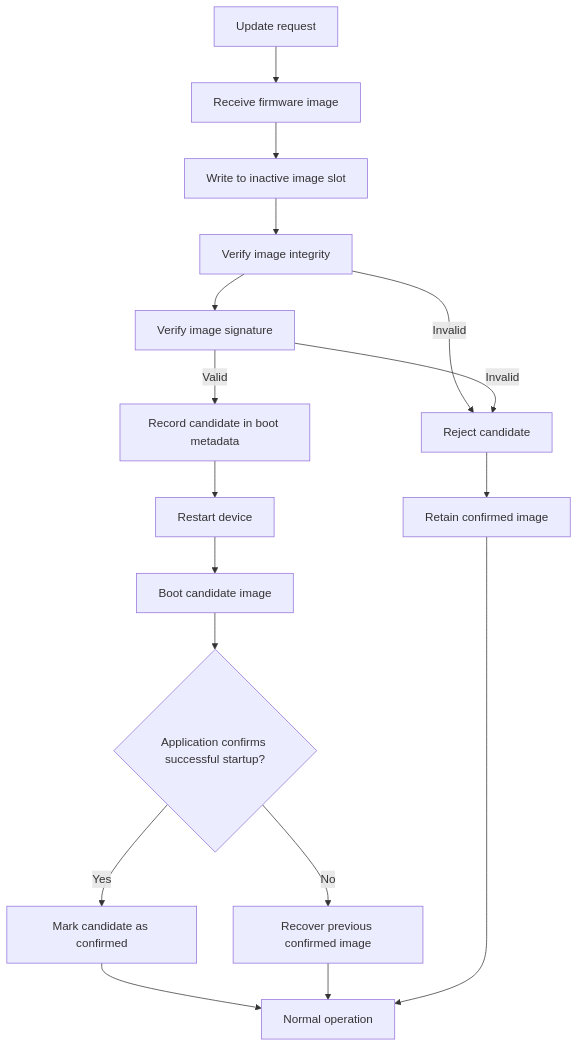
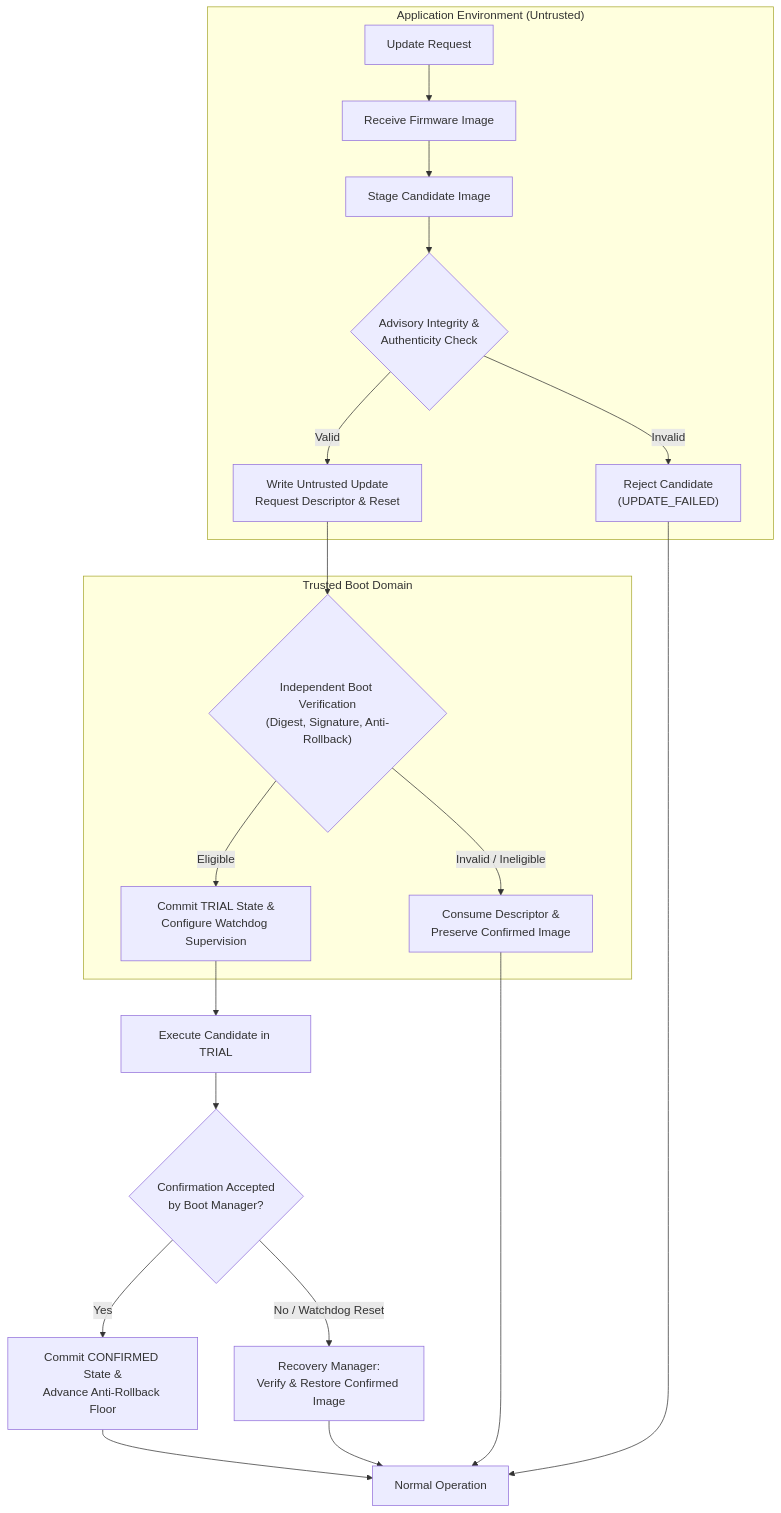
Before and after one commit to COMxI2C/rp2350-secure-ota-system: the first of 2 diagrams in README.md, drawn with Mermaid. The commit also changed other lines of this file, not shown here.

````diff
--- a/README.md
+++ b/README.md
@@ -53,24 +49,26 @@
 ```mermaid
 flowchart TD
-    A["Update request"] --> B["Receive firmware image"]
-    B --> C["Write to inactive image slot"]
-    C --> D["Verify image integrity"]
-    D --> E["Verify image signature"]
+    subgraph APP ["Application Environment (Untrusted)"]
+        A["Update Request"] --> B["Receive Firmware Image"]
+        B --> C["Stage Candidate Image"]
+        C --> D{"Advisory Integrity &<br/>Authenticity Check"}
+        D -->|Invalid| F["Reject Candidate<br/>(UPDATE_FAILED)"]
+        D -->|Valid| H["Write Untrusted Update<br/>Request Descriptor & Reset"]
+    end
 
-    D -->|Invalid| F["Reject candidate"]
-    E -->|Invalid| F
+    subgraph BOOT ["Trusted Boot Domain"]
+        H --> J{"Independent Boot Verification<br/>(Digest, Signature, Anti-Rollback)"}
+        J -->|Invalid / Ineligible| R["Consume Descriptor &<br/>Preserve Confirmed Image"]
+        J -->|Eligible| K["Commit TRIAL State &<br/>Configure Watchdog Supervision"]
+    end
 
-    F --> G["Retain confirmed image"]
+    K --> T["Execute Candidate in TRIAL"]
+    T --> L{"Confirmation Accepted<br/>by Boot Manager?"}
+    L -->|Yes| M["Commit CONFIRMED State &<br/>Advance Anti-Rollback Floor"]
+    L -->|No / Watchdog Reset| N["Recovery Manager:<br/>Verify & Restore Confirmed Image"]
 
-    E -->|Valid| H["Record candidate in boot metadata"]
-    H --> I["Restart device"]
-    I --> J["Boot candidate image"]
-    J --> K{"Application confirms successful startup?"}
-
-    K -->|Yes| L["Mark candidate as confirmed"]
-    K -->|No| M["Recover previous confirmed image"]
-
-    L --> N["Normal operation"]
-    M --> N
-    G --> N
+    M --> O["Normal Operation"]
+    N --> O
+    R --> O
+    F --> O
 ```
````
